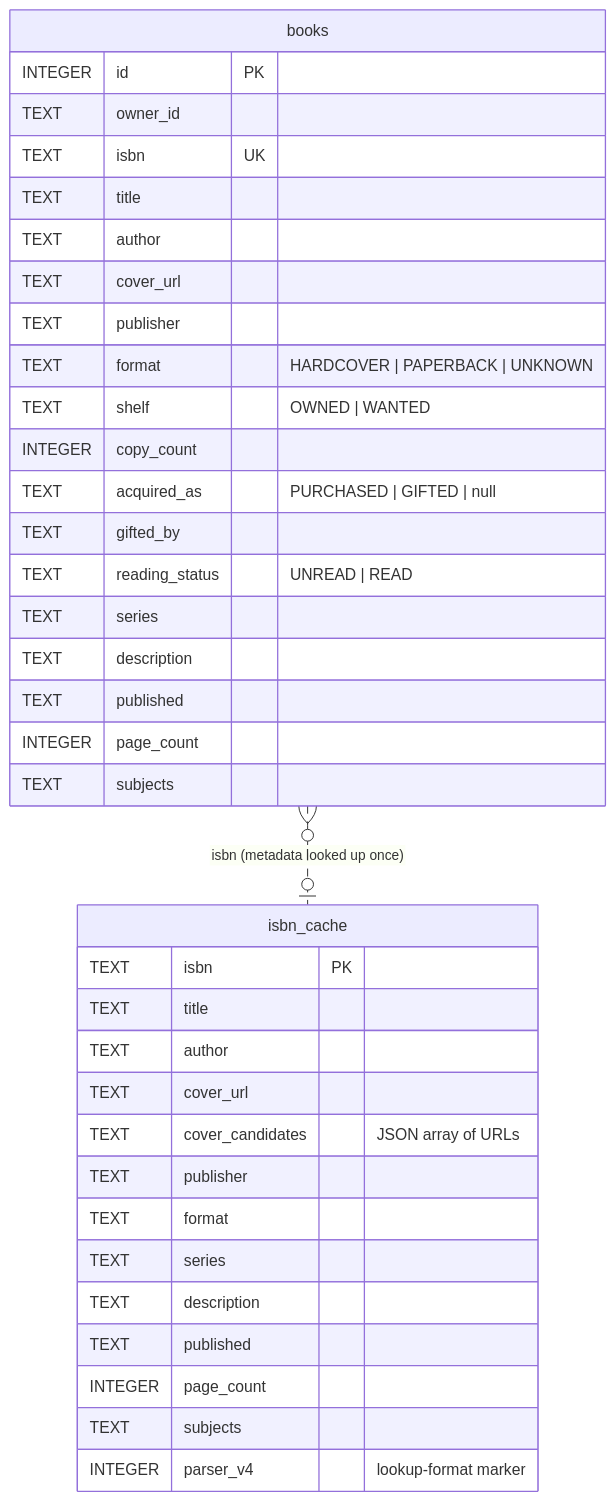
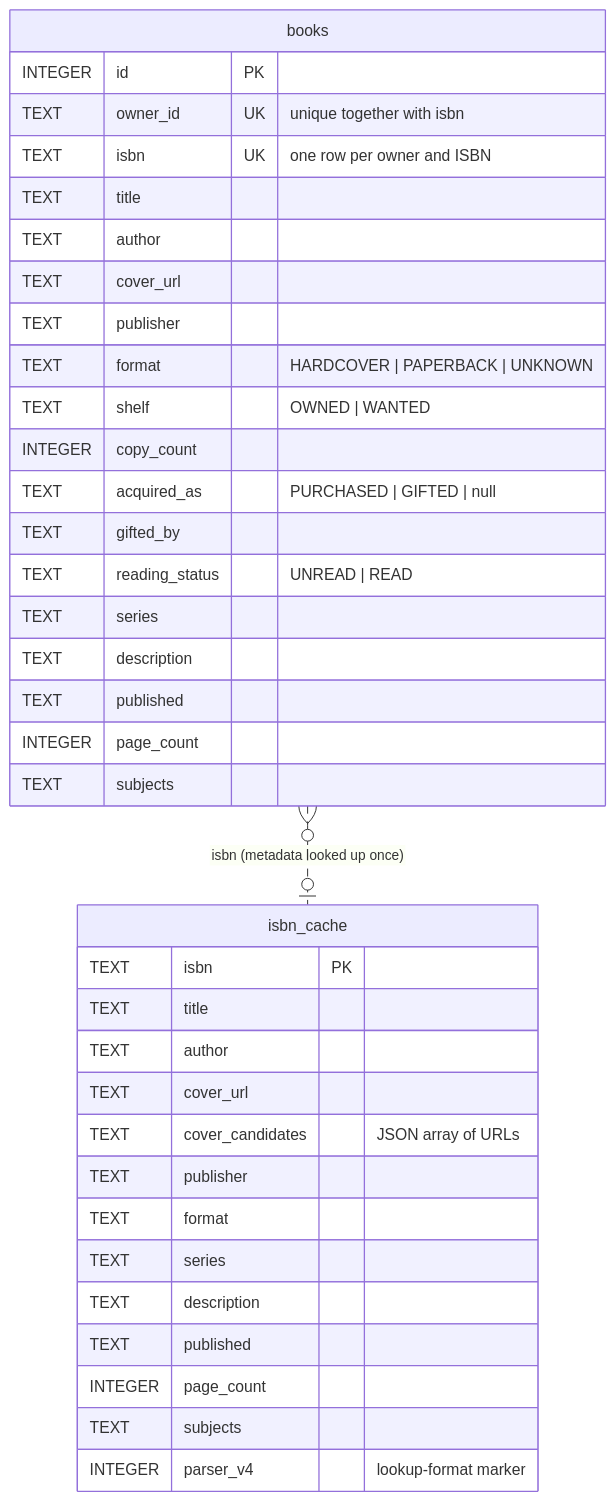
One commit to ghechavarria/cen5064-project-hechavarria changed the diagram in docs/design/diagrams/data-model.mmd. Above: the diagram before and after it, drawn with Mermaid. The commit also changed 38 other files, not shown here.

```diff
--- a/docs/design/diagrams/data-model.mmd
+++ b/docs/design/diagrams/data-model.mmd
@@ -1,37 +1,37 @@
 erDiagram
     books {
         INTEGER id PK
-        TEXT owner_id
-        TEXT isbn UK
+        TEXT owner_id UK "unique together with isbn"
+        TEXT isbn UK "one row per owner and ISBN"
         TEXT title
         TEXT author
         TEXT cover_url
         TEXT publisher
         TEXT format "HARDCOVER | PAPERBACK | UNKNOWN"
         TEXT shelf "OWNED | WANTED"
         INTEGER copy_count
         TEXT acquired_as "PURCHASED | GIFTED | null"
         TEXT gifted_by
         TEXT reading_status "UNREAD | READ"
         TEXT series
         TEXT description
         TEXT published
         INTEGER page_count
         TEXT subjects
     }
     isbn_cache {
         TEXT isbn PK
         TEXT title
         TEXT author
         TEXT cover_url
         TEXT cover_candidates "JSON array of URLs"
         TEXT publisher
         TEXT format
         TEXT series
         TEXT description
         TEXT published
         INTEGER page_count
         TEXT subjects
         INTEGER parser_v4 "lookup-format marker"
     }
     books }o..o| isbn_cache : "isbn (metadata looked up once)"
```
